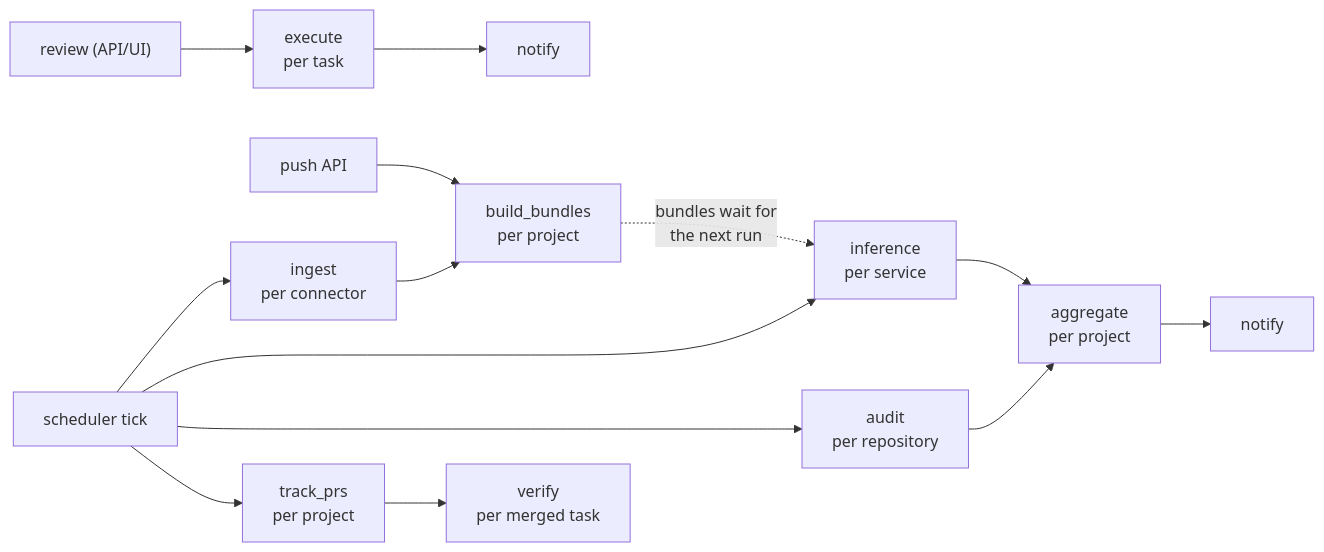
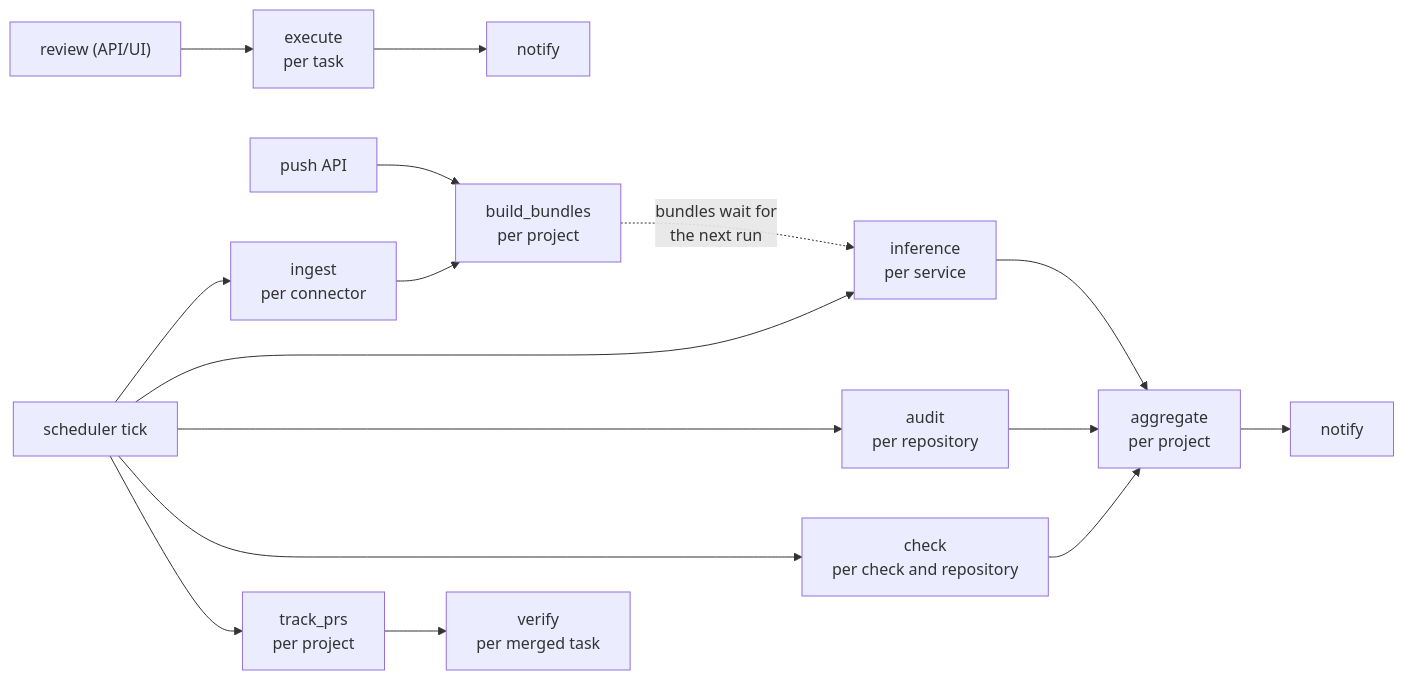
Before and after one commit to deadboyccc/Opsmith: the second of 3 diagrams in docs/development/architecture.md, drawn with Mermaid. The commit also changed other lines of this file and 22 other files, not shown here.

````diff
--- a/docs/development/architecture.md
+++ b/docs/development/architecture.md
@@ -58,16 +58,18 @@
 ```mermaid
 flowchart LR
     S["scheduler tick"] --> ING["ingest<br/>per connector"]
     PUSHAPI["push API"] --> BB
     ING --> BB["build_bundles<br/>per project"]
     S --> INF["inference<br/>per service"]
     BB -. "bundles wait for<br/>the next run" .-> INF
     S --> AUD["audit<br/>per repository"]
+    S --> CHK["check<br/>per check and repository"]
     INF --> AGG["aggregate<br/>per project"]
     AUD --> AGG
+    CHK --> AGG
     AGG --> N1["notify"]
     REV["review (API/UI)"] --> EXE["execute<br/>per task"]
     EXE --> N2["notify"]
     S --> TRK["track_prs<br/>per project"]
     TRK --> VER["verify<br/>per merged task"]
 ```
````
